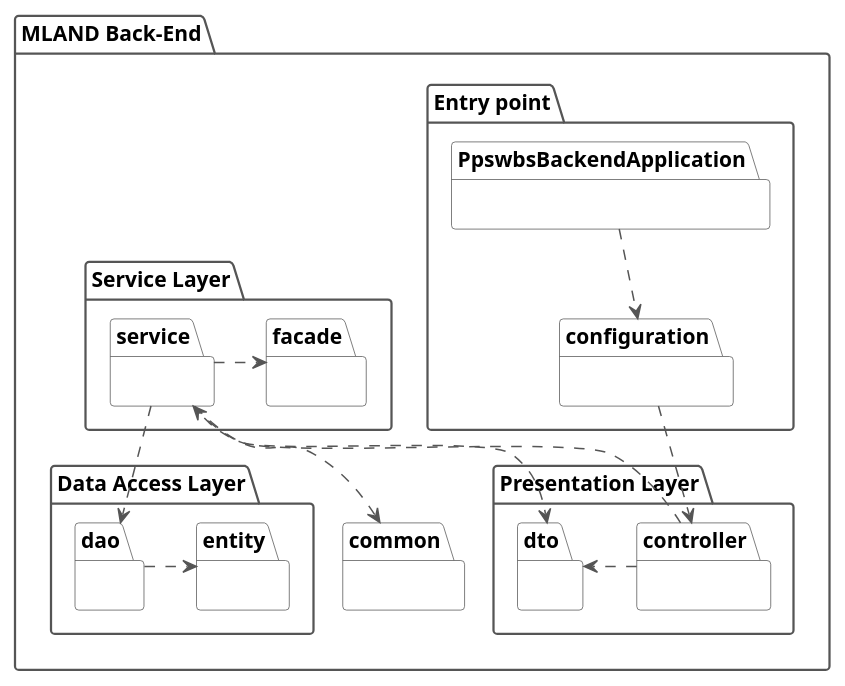
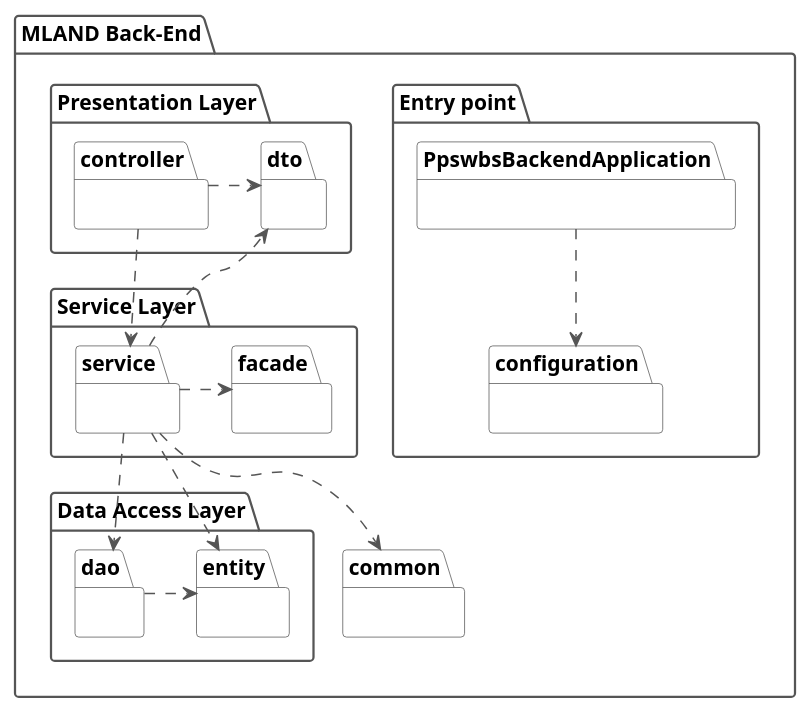
One commit to quoc-ca/mland-operations-hub changed the diagram in documents/docs/report-4-software-design-specification/assets/diagrams/02-package-diagram-backend.puml. Above: the diagram before and after it, drawn with PlantUML. The commit also changed 2 other files, not shown here.

Commit message:
docs(report-4): link package diagrams to Drive images; fix dependency arrows in the sources
- 2.1/2.2: {{r4-pd-frontend}} and {{r4-pd-backend}} placeholders for the images on Drive.
- PlantUML sources follow the real imports: drop configuration->controller and ui->nav, add
  service->entity, app->auth, app->nav, ui->domain, ui->api, application->api.

```diff
--- a/documents/docs/report-4-software-design-specification/assets/diagrams/02-package-diagram-backend.puml
+++ b/documents/docs/report-4-software-design-specification/assets/diagrams/02-package-diagram-backend.puml
@@ -1,54 +1,54 @@
 @startuml
 !pragma charset UTF-8
 skinparam shadowing false
 skinparam packageStyle folder
 skinparam ArrowColor #555555
 skinparam package {
   BackgroundColor #FFFFFF
   BorderColor #555555
 }
 
 package "MLAND Back-End" {
 
   package "Entry point" {
     package "PpswbsBackendApplication" {
     }
     package "configuration" {
     }
   }
 
   package "Presentation Layer" {
     package "controller" {
     }
     package "dto" {
     }
   }
 
   package "Service Layer" {
     package "service" {
     }
     package "facade" {
     }
   }
 
   package "Data Access Layer" {
     package "dao" {
     }
     package "entity" {
     }
   }
 
   package "common" {
   }
 }
 
 PpswbsBackendApplication .down.> configuration
-configuration .down.> controller
 controller .right.> dto
 controller .down.> service
 service .right.> facade
 service .down.> dao
+service ..> entity
 dao .right.> entity
 service ..> dto
 service ..> common
 @enduml
```
